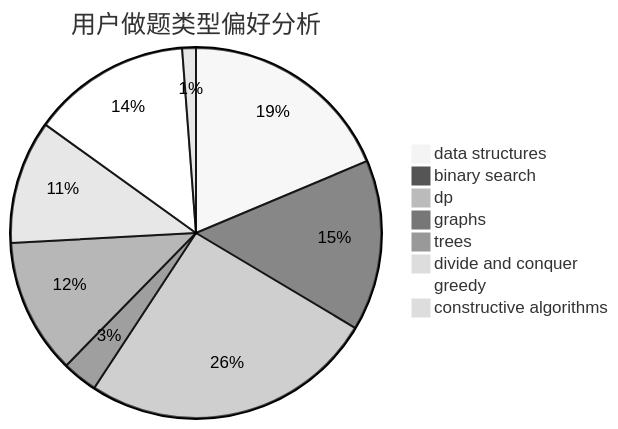
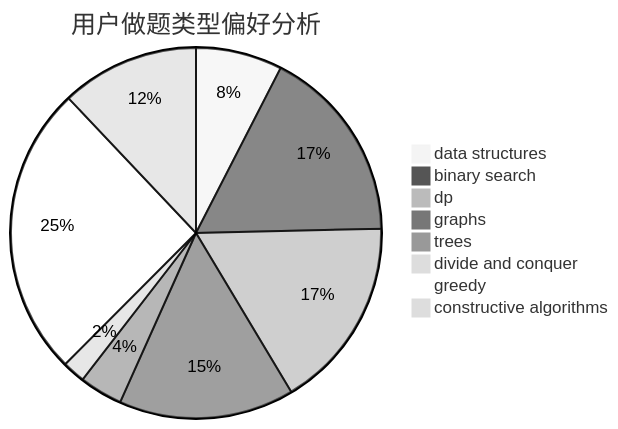
The second of 3 diagrams in docs/user/u637.md (sherpahu/cfrs.github.io), drawn with Mermaid (neutral theme) before and after one commit. The commit also changed other lines of this file and 2770 other files, not shown here.

````diff
--- a/docs/user/u637.md
+++ b/docs/user/u637.md
@@ -23,11 +23,11 @@
 ```mermaid
 pie title 用户做题类型偏好分析
-    "data structures" :  109
-    "binary search" :  87
-    "dp" :  150
-    "graphs" :  18
-    "trees" :  69
-    "divide and conquer" :  63
-    "greedy" :  81
-    "constructive algorithms" :  7
+    "data structures" :  72
+    "binary search" :  163
+    "dp" :  160
+    "graphs" :  146
+    "trees" :  36
+    "divide and conquer" :  19
+    "greedy" :  243
+    "constructive algorithms" :  115
 ```
````
